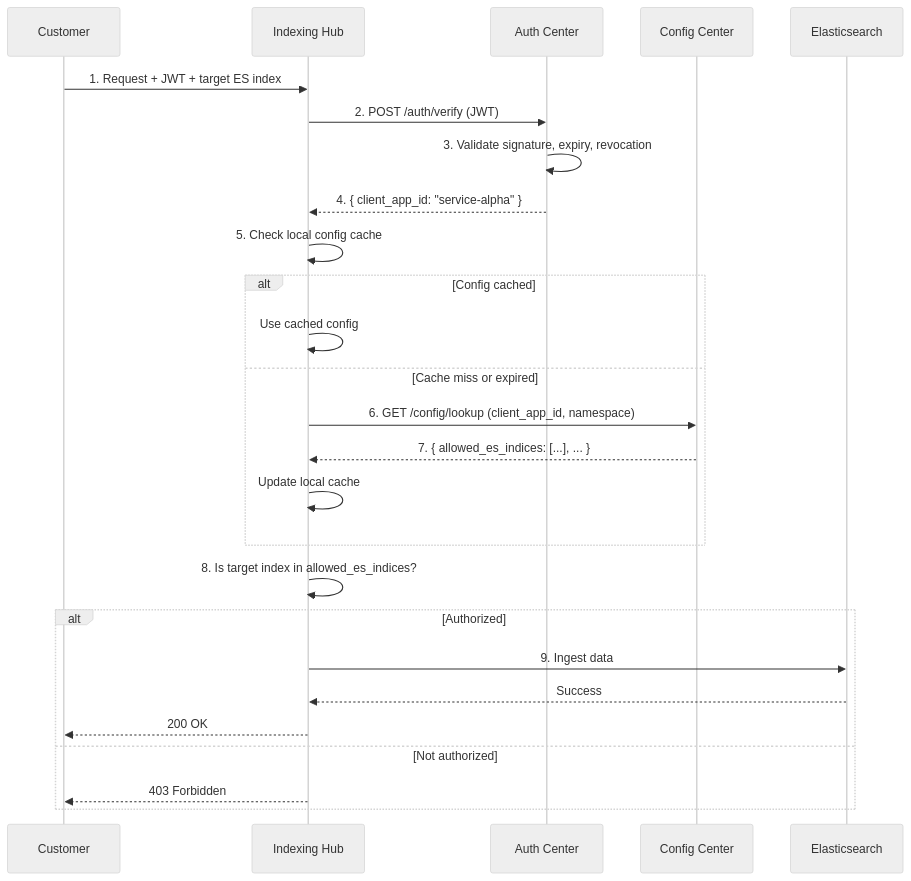
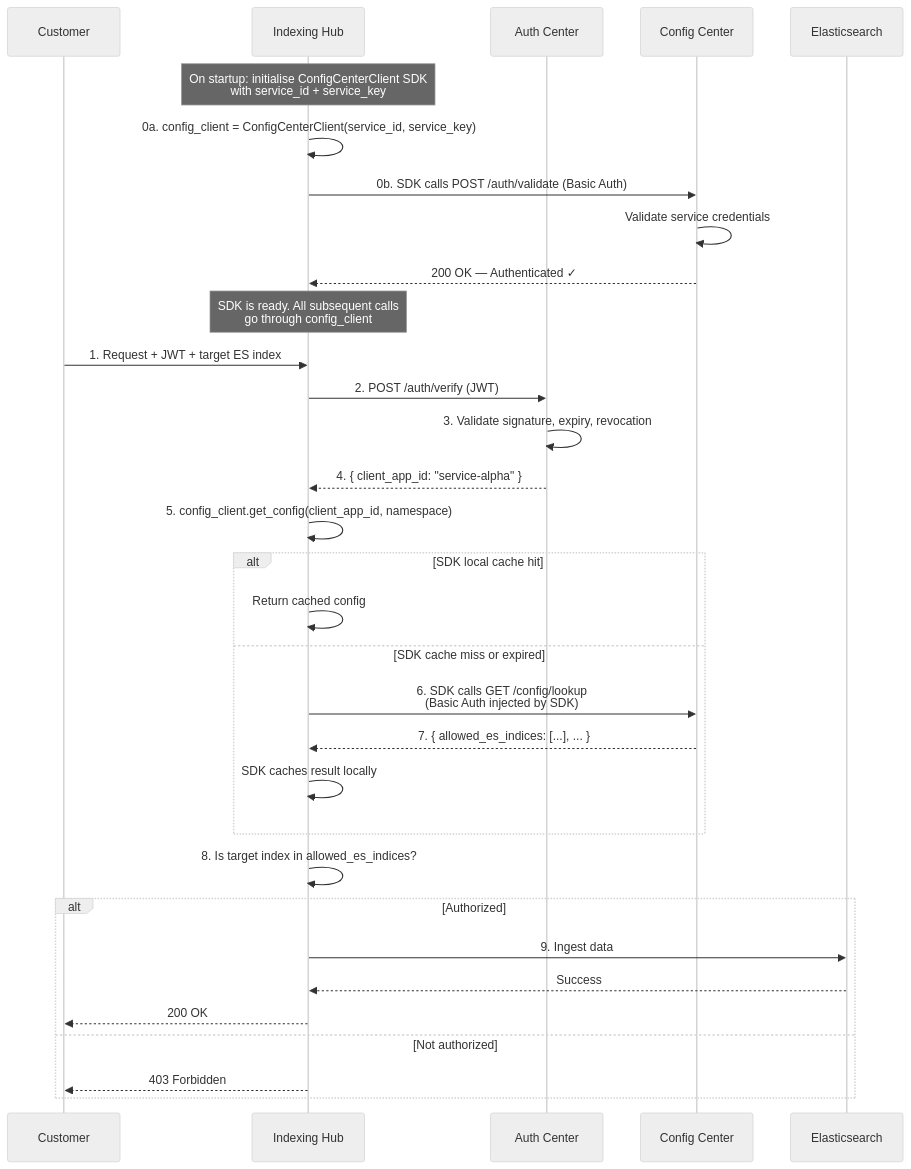
One commit to sweiyang/common-tools changed the fifth of 8 diagrams in config-center/Auth_Config_Center_Design.md. Above: the diagram before and after it, drawn with Mermaid (neutral theme). The commit also changed other lines of this file and 1 other file, not shown here.

````diff
--- a/config-center/Auth_Config_Center_Design.md
+++ b/config-center/Auth_Config_Center_Design.md
@@ -227,29 +276,36 @@
 ```mermaid
 sequenceDiagram
     participant C as Customer
     participant IH as Indexing Hub
     participant AC as Auth Center
     participant CC as Config Center
     participant ES as Elasticsearch
 
+    Note over IH: On startup: initialise ConfigCenterClient SDK<br/>with service_id + service_key
+    IH->>IH: 0a. config_client = ConfigCenterClient(service_id, service_key)
+    IH->>CC: 0b. SDK calls POST /auth/validate (Basic Auth)
+    CC->>CC: Validate service credentials
+    CC-->>IH: 200 OK — Authenticated ✓
+    Note over IH: SDK is ready. All subsequent calls<br/>go through config_client
+
     C->>IH: 1. Request + JWT + target ES index
     IH->>AC: 2. POST /auth/verify (JWT)
     AC->>AC: 3. Validate signature, expiry, revocation
     AC-->>IH: 4. { client_app_id: "service-alpha" }
-    IH->>IH: 5. Check local config cache
-    alt Config cached
-        IH->>IH: Use cached config
-    else Cache miss or expired
-        IH->>CC: 6. GET /config/lookup (client_app_id, namespace)
+    IH->>IH: 5. config_client.get_config(client_app_id, namespace)
+    alt SDK local cache hit
+        IH->>IH: Return cached config
+    else SDK cache miss or expired
+        IH->>CC: 6. SDK calls GET /config/lookup<br/>(Basic Auth injected by SDK)
         CC-->>IH: 7. { allowed_es_indices: [...], ... }
-        IH->>IH: Update local cache
+        IH->>IH: SDK caches result locally
     end
     IH->>IH: 8. Is target index in allowed_es_indices?
     alt Authorized
         IH->>ES: 9. Ingest data
         ES-->>IH: Success
         IH-->>C: 200 OK
     else Not authorized
         IH-->>C: 403 Forbidden
     end
 ```
````
